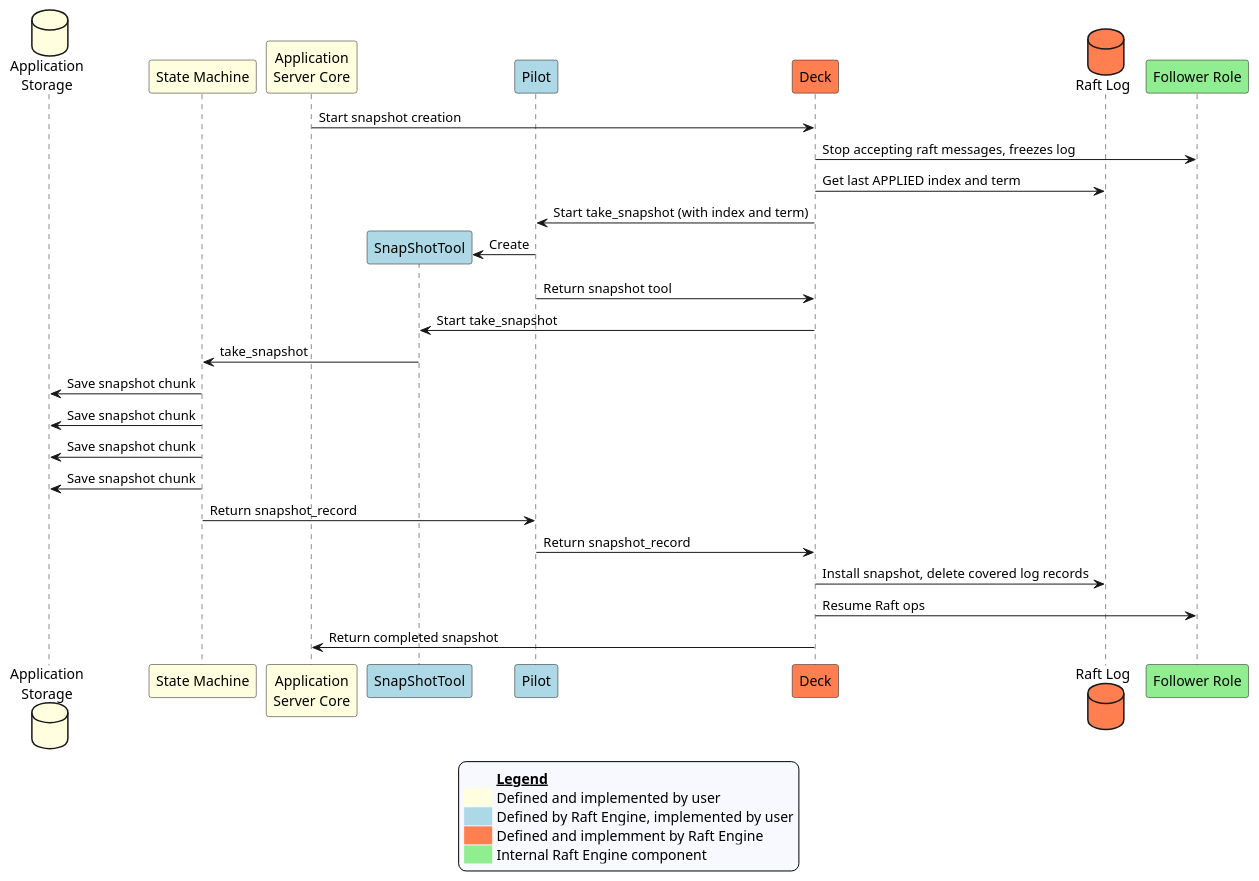
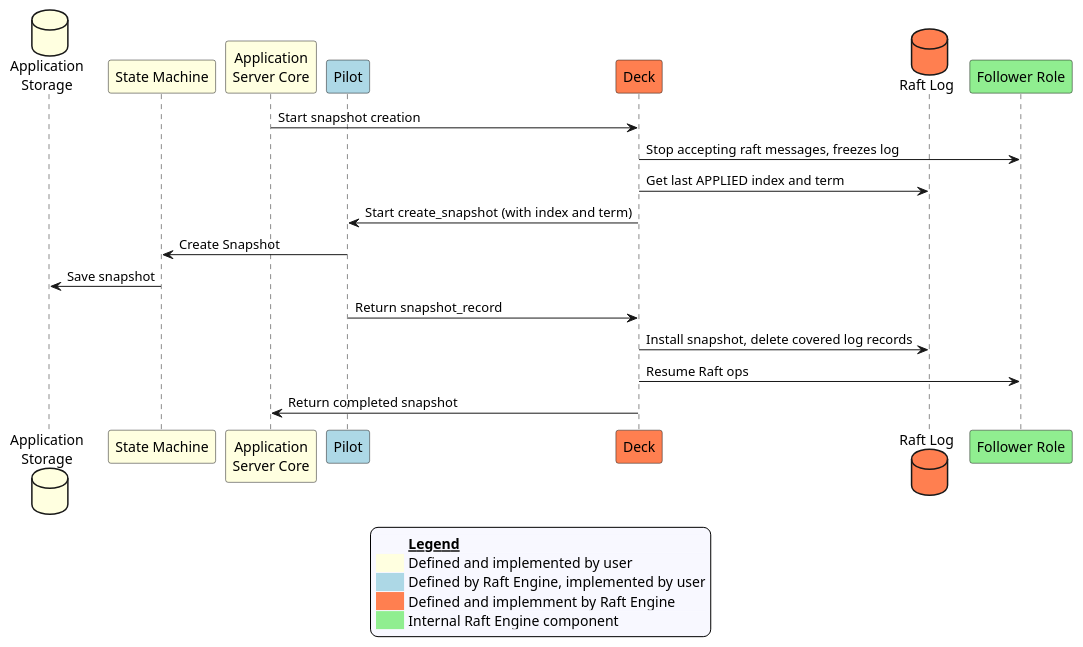
One commit to dlparker/raftengine changed the diagram in docs/source/_static/diagrams/take_snapshot.puml. Above: the diagram before and after it, drawn with PlantUML. The commit also changed 4 other files, not shown here.

```diff
--- a/docs/source/_static/diagrams/take_snapshot.puml
+++ b/docs/source/_static/diagrams/take_snapshot.puml
@@ -1,40 +1,32 @@
 @startuml
 skinparam legend {
   backgroundColor #GhostWhite
   entrySeparator #GhostWhite
 }
 
 participant "Application\nServer Core" as app_core order 30 #Lightyellow
 participant "State Machine" as app_state order 20 #Lightyellow 
 database "Application\nStorage" as app_db order 10 #Lightyellow
 participant Pilot as pilot order 40 #Lightblue
 participant Deck as deck order 50 #Coral
 database "Raft Log" as log order 60 #Coral
 participant "Follower Role" as role order 70 #Lightgreen
 app_core->deck: Start snapshot creation
 deck->role: Stop accepting raft messages, freezes log
 deck->log: Get last APPLIED index and term
-deck->pilot: Start take_snapshot (with index and term)
-create participant "SnapShotTool" as tool order 35 #Lightblue
-pilot->tool: Create 
-pilot->deck: Return snapshot tool
-deck->tool: Start take_snapshot
-tool->app_state: take_snapshot
-app_state->app_db: Save snapshot chunk
-app_state->app_db: Save snapshot chunk
-app_state->app_db: Save snapshot chunk
-app_state->app_db: Save snapshot chunk
-app_state->pilot: Return snapshot_record
+deck->pilot: Start create_snapshot (with index and term)
+pilot->app_state: Create Snapshot
+app_state->app_db: Save snapshot 
 pilot->deck: Return snapshot_record
 deck->log: Install snapshot, delete covered log records
 deck->role: Resume Raft ops
 deck->app_core: Return completed snapshot
 
 legend 
   <#GhostWhite,#GhostWhite>|        |= __Legend__ |
   |<#Lightyellow>   | Defined and implemented by user|
   |<#Lightblue>  | Defined by Raft Engine, implemented by user|
   |<#Coral>  | Defined and implemment by Raft Engine|
   |<#Lightgreen> | Internal Raft Engine component|
 endlegend
 @enduml
```
